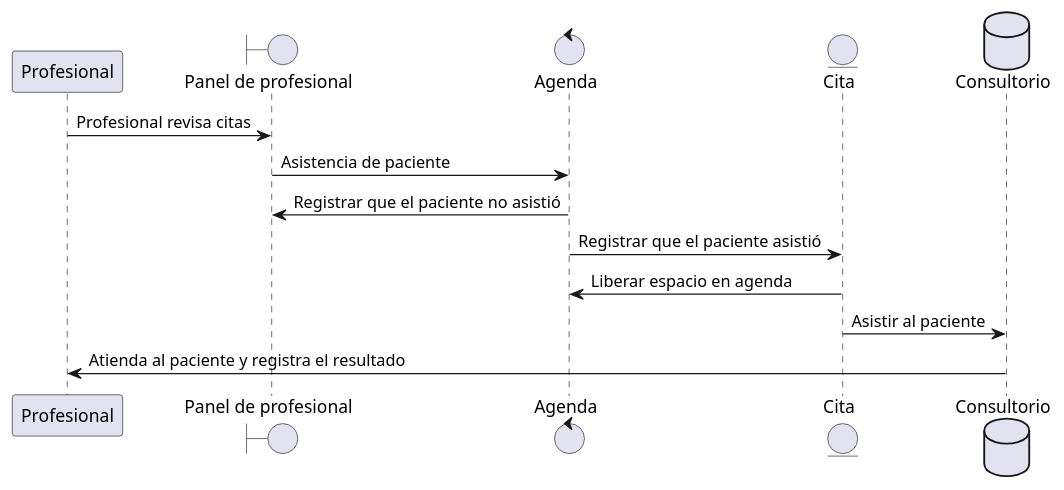
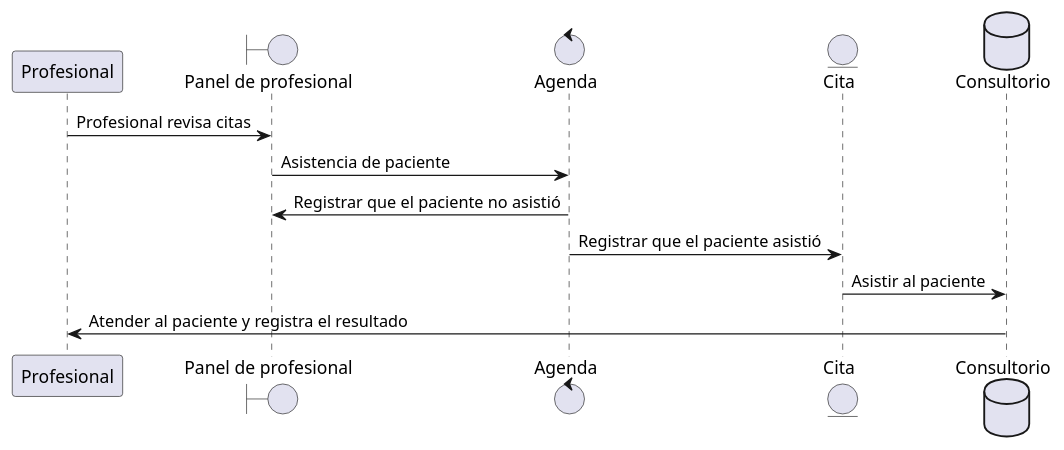
Before and after one commit to capsi-ucp/capsi-ucp.github.io: the diagram in ROOT/modules/proyecto/puml/consultorios-business-sequence.puml, drawn with PlantUML.

Commit message:
Caso de uso de lógica de negocio para la reserva de citas

```diff
--- a/ROOT/modules/proyecto/puml/consultorios-business-sequence.puml
+++ b/ROOT/modules/proyecto/puml/consultorios-business-sequence.puml
@@ -1,15 +1,14 @@
 @startuml
 participant Profesional
 boundary "Panel de profesional" as Panel
 control Agenda
 entity Cita
 database Consultorio
 
 Profesional -> Panel : Profesional revisa citas
 Panel -> Agenda : Asistencia de paciente
 Agenda -> Panel: Registrar que el paciente no asistió
 Agenda -> Cita: Registrar que el paciente asistió
-Cita -> Agenda: Liberar espacio en agenda
 Cita -> Consultorio: Asistir al paciente
-Consultorio -> Profesional: Atienda al paciente y registra el resultado
+Consultorio -> Profesional: Atender al paciente y registra el resultado
 @enduml
```
